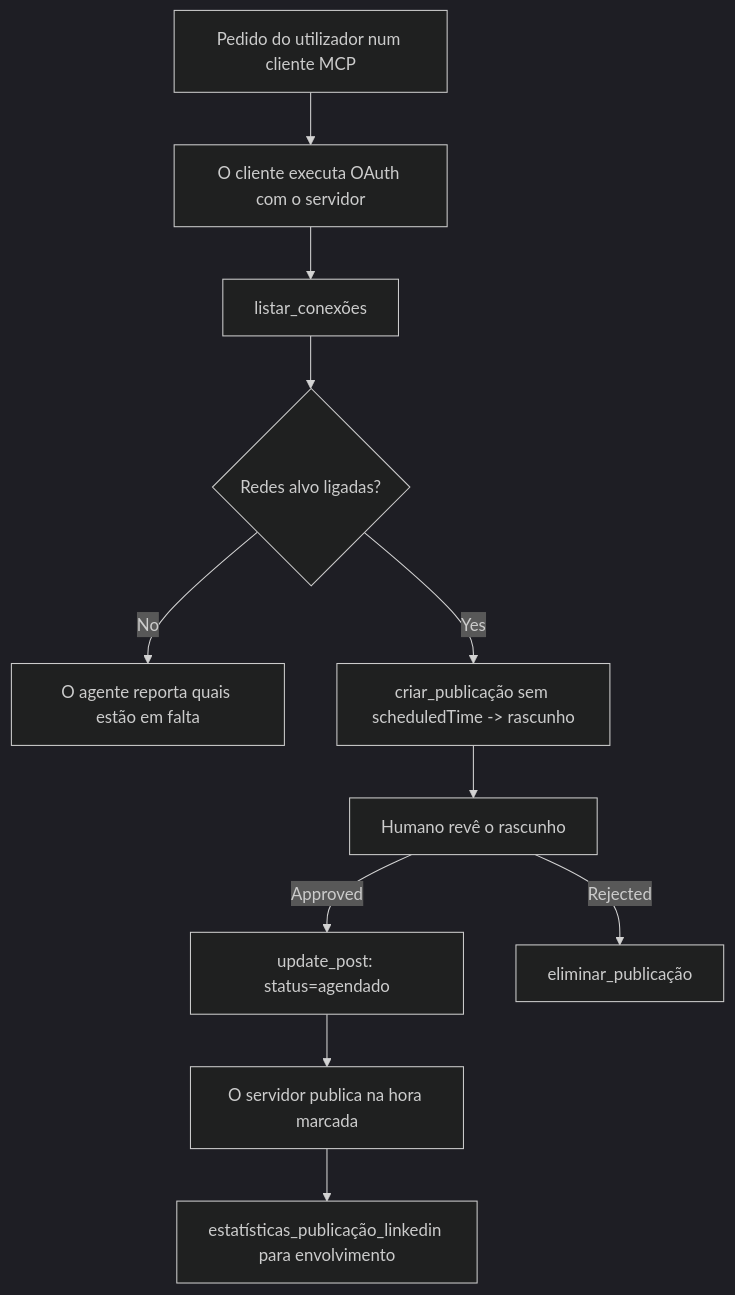
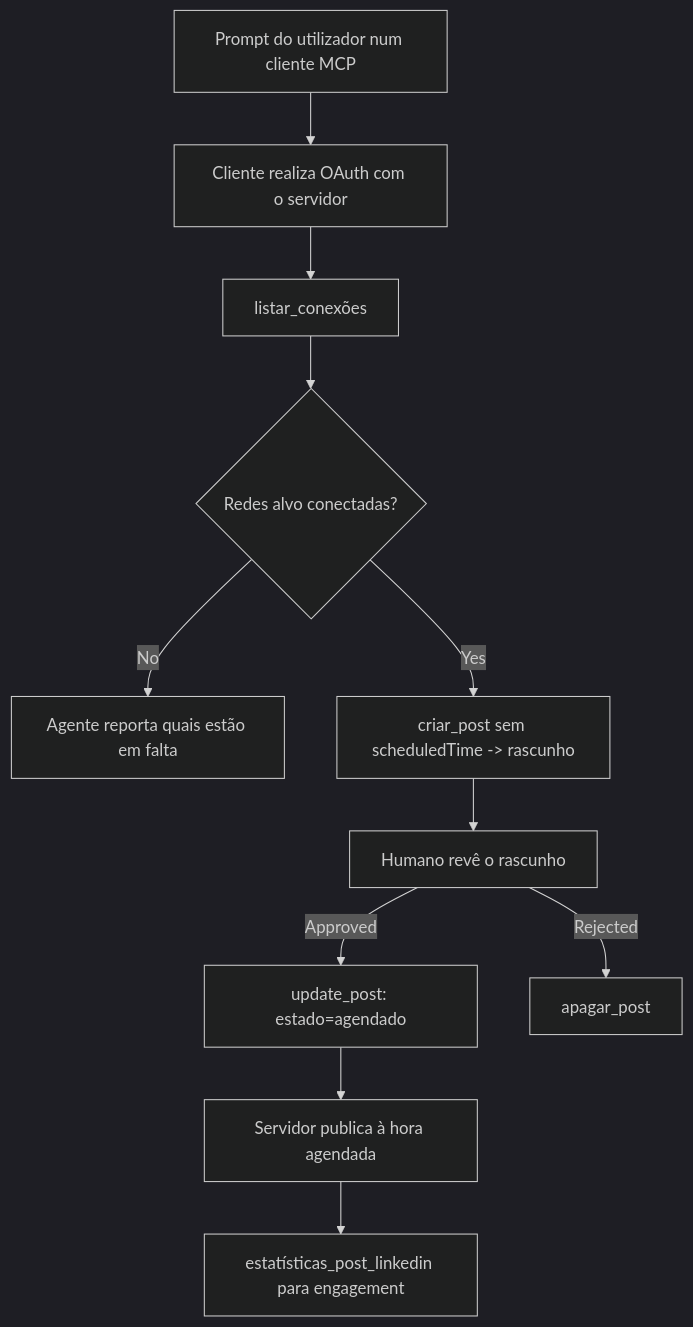
Before and after one commit to microsoft/mcp-for-beginners: the diagram in translations/pt-PT/09-CaseStudy/publora-social-publishing.md, drawn with Mermaid (dark theme). The commit also changed other lines of this file and 129 other files, not shown here.

````diff
--- a/translations/pt-PT/09-CaseStudy/publora-social-publishing.md
+++ b/translations/pt-PT/09-CaseStudy/publora-social-publishing.md
@@ -47,13 +47,13 @@
 ```mermaid
 flowchart TD
-    A[Pedido do utilizador num cliente MCP] --> B[O cliente executa OAuth com o servidor]
+    A[Prompt do utilizador num cliente MCP] --> B[Cliente realiza OAuth com o servidor]
     B --> C[listar_conexões]
-    C --> D{Redes alvo ligadas?}
-    D -- No --> E[O agente reporta quais estão em falta]
-    D -- Yes --> F[criar_publicação sem scheduledTime -> rascunho]
+    C --> D{Redes alvo conectadas?}
+    D -- No --> E[Agente reporta quais estão em falta]
+    D -- Yes --> F[criar_post sem scheduledTime -> rascunho]
     F --> G[Humano revê o rascunho]
-    G -- Approved --> H[update_post: status=agendado]
-    G -- Rejected --> I[eliminar_publicação]
-    H --> J[O servidor publica na hora marcada]
-    J --> K[estatísticas_publicação_linkedin para envolvimento]
+    G -- Approved --> H[update_post: estado=agendado]
+    G -- Rejected --> I[apagar_post]
+    H --> J[Servidor publica à hora agendada]
+    J --> K[estatísticas_post_linkedin para engagement]
 ```
````
